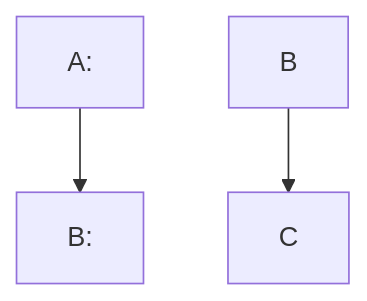
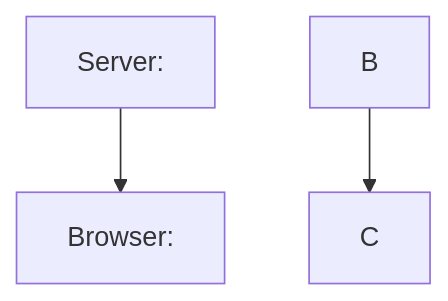
Before and after one commit to vheikkiniemi/FSO2024: the diagram in part0/New_note_diagram.md, drawn with Mermaid.

````diff
--- a/part0/New_note_diagram.md
+++ b/part0/New_note_diagram.md
@@ -52,5 +52,5 @@
 ```mermaid
 graph TD;
-    A: --> B:;
+    Server: --> Browser:;
     B --> C;
 ```
````
